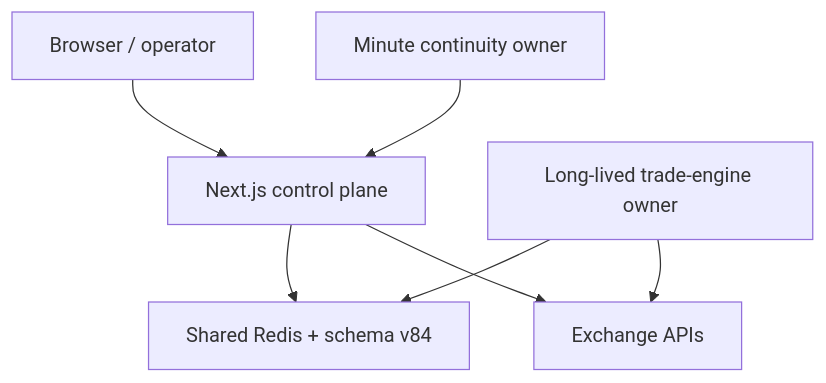
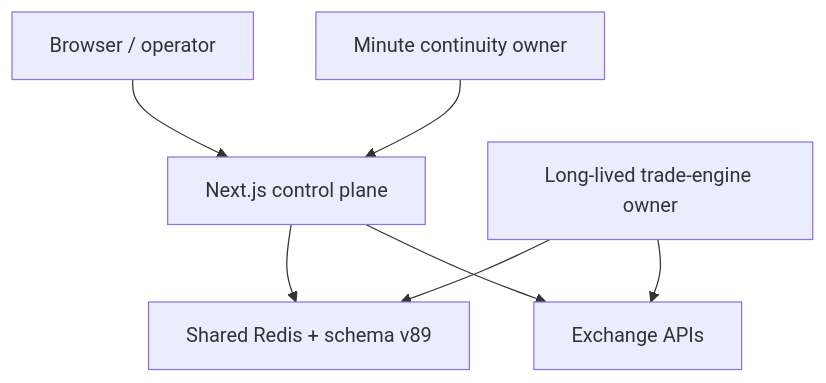
The diagram in docs/recreation/architecture.md (mxssnx-creator/CTS-K-N), drawn with Mermaid before and after one commit. The commit also changed other lines of this file and 53 other files, not shown here.

````diff
--- a/docs/recreation/architecture.md
+++ b/docs/recreation/architecture.md
@@ -7,9 +7,9 @@
 ```mermaid
 flowchart TB
   U["Browser / operator"] --> W["Next.js control plane"]
-  W --> R["Shared Redis + schema v84"]
+  W --> R["Shared Redis + schema v89"]
   C["Minute continuity owner"] --> W
   E["Long-lived trade-engine owner"] --> R
   E --> X["Exchange APIs"]
   W --> X
 ```
````
